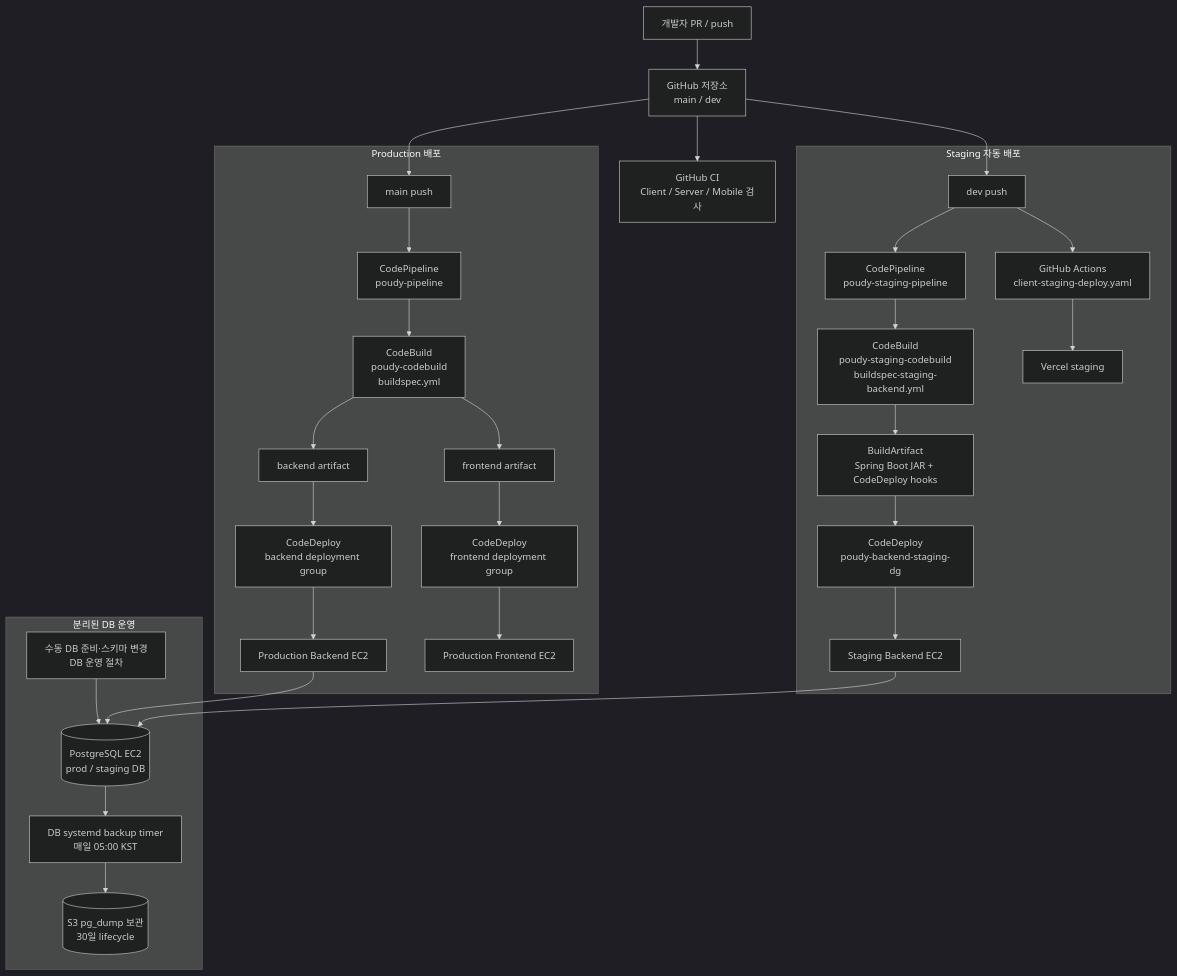
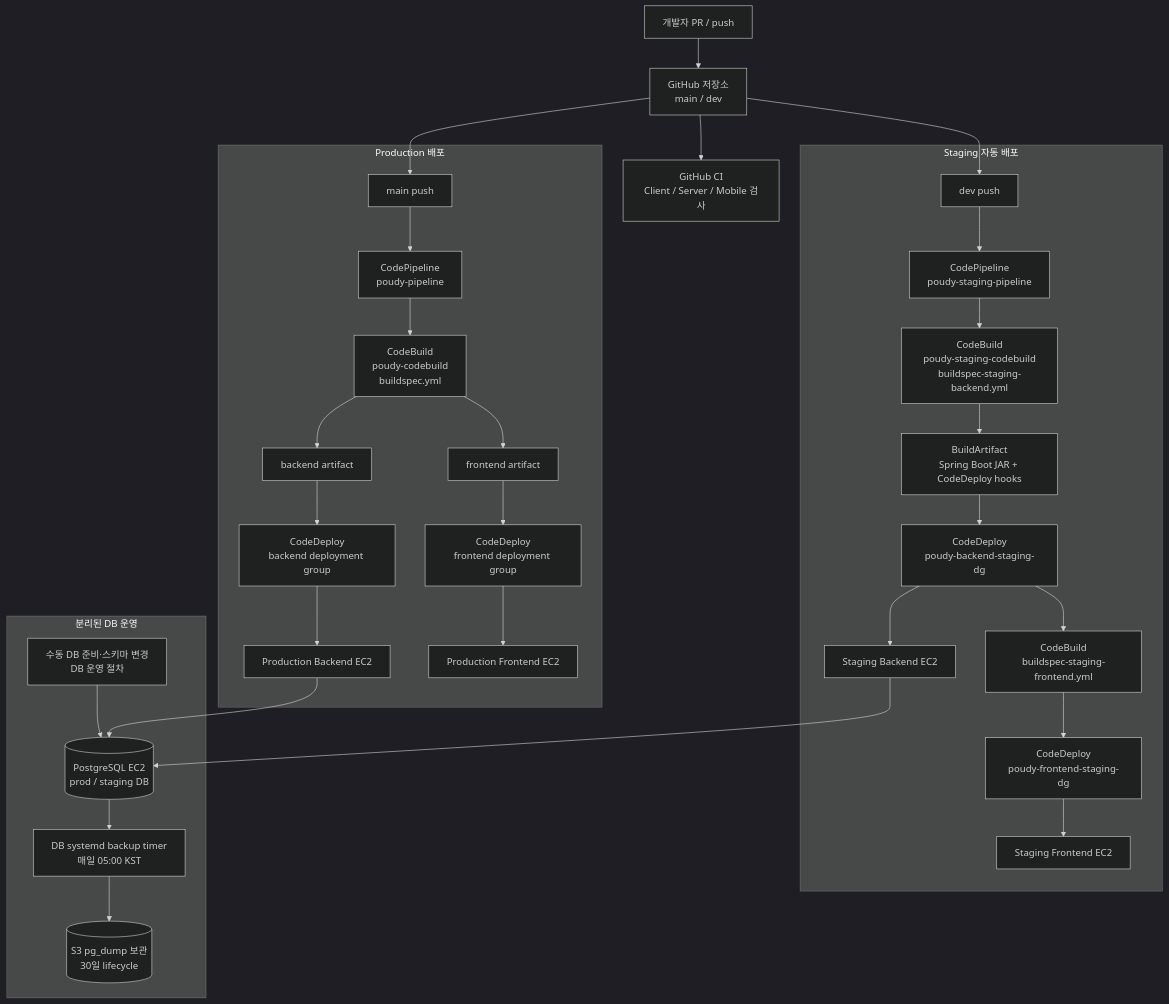
The second of 2 diagrams in docs/deploy/architecture.md (woowacourse-teams/2026-poudy), drawn with Mermaid (dark theme) before and after one commit. The commit also changed other lines of this file and 4 other files, not shown here.

First line of the commit message:
docs : Vercel staging 을 걷어 낸 staging 구성 반영

````diff
--- a/docs/deploy/architecture.md
+++ b/docs/deploy/architecture.md
@@ -117,47 +124,48 @@
 ```mermaid
 flowchart TB
     dev[개발자 PR / push]
     github[GitHub 저장소<br/>main / dev]
     prci[GitHub CI<br/>Client / Server / Mobile 검사]
 
     subgraph stagingpipe[Staging 자동 배포]
         devpush[dev push]
         sp[CodePipeline<br/>poudy-staging-pipeline]
         sb[CodeBuild<br/>poudy-staging-codebuild<br/>buildspec-staging-backend.yml]
         sa[BuildArtifact<br/>Spring Boot JAR + CodeDeploy hooks]
         scd[CodeDeploy<br/>poudy-backend-staging-dg]
         sbe[Staging Backend EC2]
-        sv[GitHub Actions<br/>client-staging-deploy.yaml]
-        vv[Vercel staging]
+        sfb[CodeBuild<br/>buildspec-staging-frontend.yml]
+        sfcd[CodeDeploy<br/>poudy-frontend-staging-dg]
+        sfe[Staging Frontend EC2]
     end
 
     subgraph prodpipe[Production 배포]
         mainpush[main push]
         pp[CodePipeline<br/>poudy-pipeline]
         pb[CodeBuild<br/>poudy-codebuild<br/>buildspec.yml]
         ba[backend artifact]
         fa[frontend artifact]
         bcd[CodeDeploy<br/>backend deployment group]
         fcd[CodeDeploy<br/>frontend deployment group]
         pbe[Production Backend EC2]
         pfe[Production Frontend EC2]
     end
 
     subgraph dbops[분리된 DB 운영]
         dbchange[수동 DB 준비·스키마 변경<br/>DB 운영 절차]
         db[(PostgreSQL EC2<br/>prod / staging DB)]
         backup[DB systemd backup timer<br/>매일 05:00 KST]
         backups3[(S3 pg_dump 보관<br/>30일 lifecycle)]
     end
 
     dev --> github --> prci
     github --> devpush --> sp --> sb --> sa --> scd --> sbe
-    devpush --> sv --> vv
+    scd --> sfb --> sfcd --> sfe
     github --> mainpush --> pp --> pb
     pb --> ba --> bcd --> pbe
     pb --> fa --> fcd --> pfe
     dbchange --> db
     pbe --> db
     sbe --> db
     db --> backup --> backups3
 ```
````
